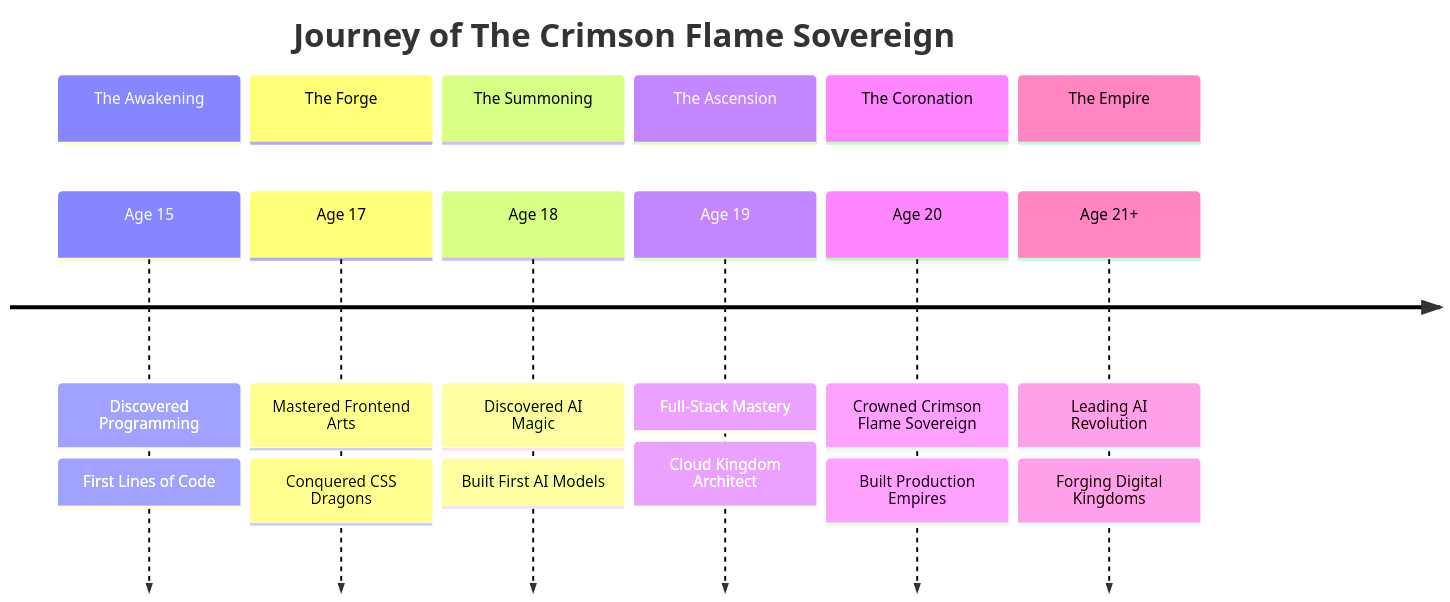
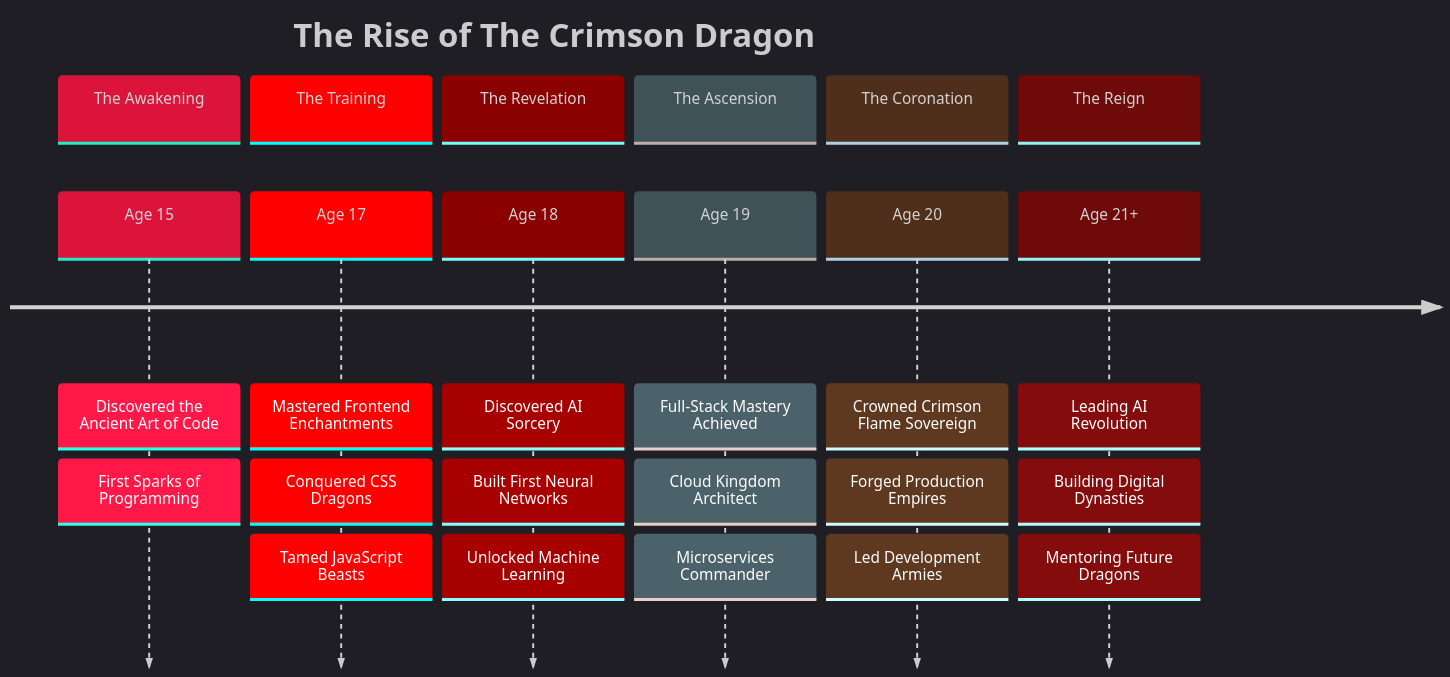
One commit to Madhan-Tech-AI/Madhan-Tech-AI changed the third of 4 diagrams in README.md. Above: the diagram before and after it, drawn with Mermaid. The commit also changed other lines of this file, not shown here.

````diff
--- a/README.md
+++ b/README.md
@@ -134,22 +220,28 @@
 ```mermaid
+%%{init: {'theme':'dark', 'themeVariables': { 'cScale0':'#DC143C', 'cScale1':'#FF0000', 'cScale2':'#8B0000'}}}%%
 timeline
-    title Journey of The Crimson Flame Sovereign
+    title The Rise of The Crimson Dragon
     section The Awakening
-        Age 15 : Discovered Programming
-               : First Lines of Code
-    section The Forge
-        Age 17 : Mastered Frontend Arts
+        Age 15 : Discovered the Ancient Art of Code
+               : First Sparks of Programming
+    section The Training
+        Age 17 : Mastered Frontend Enchantments
                : Conquered CSS Dragons
-    section The Summoning
-        Age 18 : Discovered AI Magic
-               : Built First AI Models
+               : Tamed JavaScript Beasts
+    section The Revelation
+        Age 18 : Discovered AI Sorcery
+               : Built First Neural Networks
+               : Unlocked Machine Learning
     section The Ascension
-        Age 19 : Full-Stack Mastery
+        Age 19 : Full-Stack Mastery Achieved
                : Cloud Kingdom Architect
+               : Microservices Commander
     section The Coronation
         Age 20 : Crowned Crimson Flame Sovereign
-               : Built Production Empires
-    section The Empire
+               : Forged Production Empires
+               : Led Development Armies
+    section The Reign
         Age 21+ : Leading AI Revolution
-                : Forging Digital Kingdoms
+                : Building Digital Dynasties
+                : Mentoring Future Dragons
 ```
````
